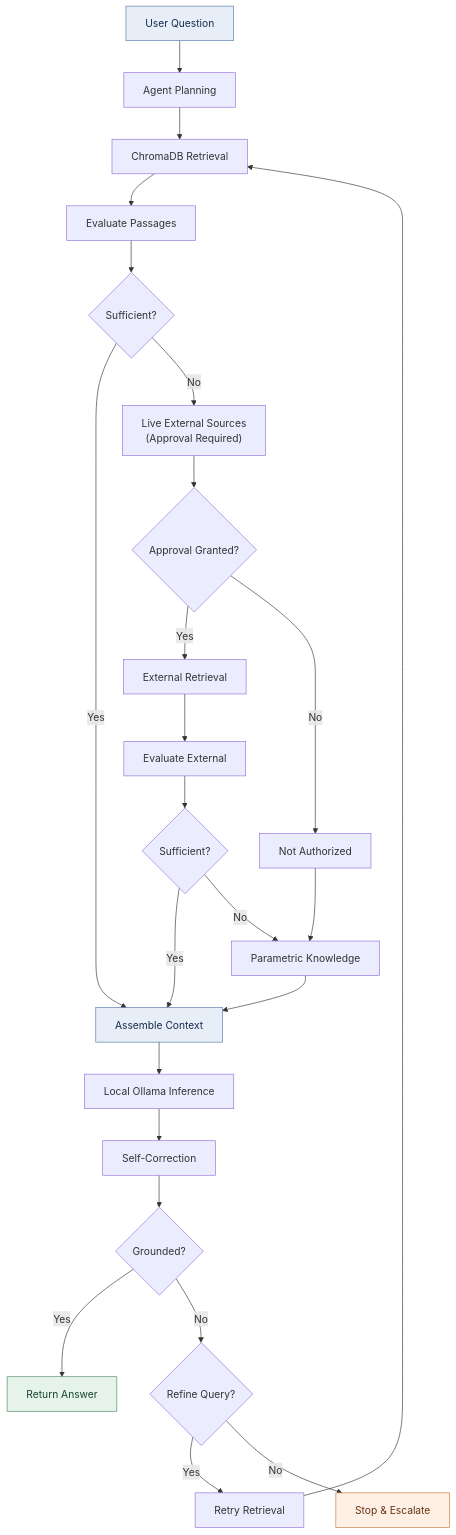
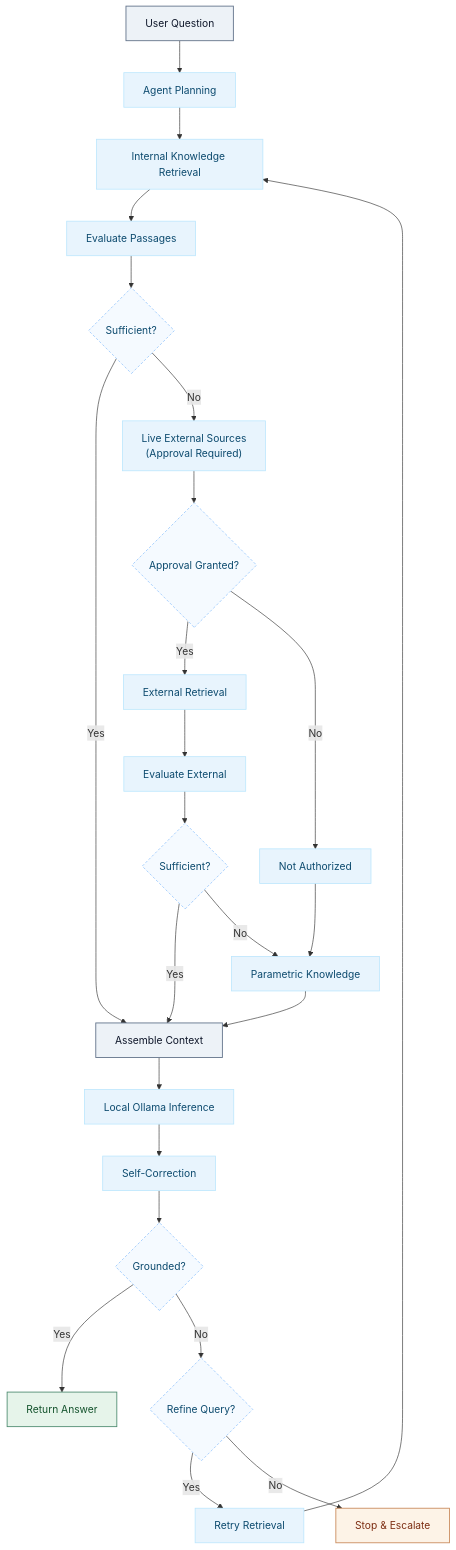
The second of 2 diagrams in README.MD (panxiaoyan225-sudo/Agentic_RAG_Pipeline), drawn with Mermaid before and after one commit. The commit also changed 1 other file, not shown here.

Commit message:
End-to-End Agentic RAG Pipeline

````diff
--- a/README.MD
+++ b/README.MD
@@ -31,39 +31,52 @@
 ```mermaid
 flowchart TD
+    %% Define Styles
+    classDef anchor fill:#EDF2F7,stroke:#64748B,stroke-width:1.4px,color:#0F172A;
+    classDef process fill:#E8F4FD,stroke:#BAE6FD,stroke-width:1.2px,color:#0C4A6E;
+    classDef decision fill:#F5FAFF,stroke:#93C5FD,stroke-width:1.2px,stroke-dasharray: 4 3,color:#0C4A6E;
+    classDef success fill:#E6F4EA,stroke:#4D8B6F,stroke-width:1.35px,color:#14532D;
+    classDef warning fill:#FDF3E7,stroke:#C98A5B,stroke-width:1.35px,color:#7C2D12;
+
+    %% Column 1: Entry & Internal Retrieval
     A["User Question"] --> B["Agent Planning"]
-    B --> C["ChromaDB Retrieval"]
+    B --> C["Internal Knowledge Retrieval"]
     C --> D["Evaluate Passages"]
-
     D --> E{"Sufficient?"}
 
-    E -->|Yes| H["Assemble Context"]
-    E -->|No| F["Live External Sources<br>(Approval Required)"]
+    %% Column 2: Internal Sufficiency & Human Approval
+    E -- "Yes" --> H["Assemble Context"]
+    E -- "No" --> F["Live External Sources<br/>(Approval Required)"]
+    F --> G{"Approval Granted?"}
+    G -- "Yes" --> I["External Retrieval"]
+    G -- "No" --> J["Not Authorized"]
+    J --> M["Parametric Knowledge"]
 
-    F --> G{"Approval Granted?"}
-    G -->|Yes| I["External Retrieval"]
-    G -->|No| J["Not Authorized"]
-
+    %% Column 3: External Retrieval & Parametric Fallback
     I --> K["Evaluate External"]
     K --> L{"Sufficient?"}
+    L -- "Yes" --> H
+    L -- "No" --> M
+    M --> H
 
-    J --> M["Parametric Knowledge"]
-    L -->|Yes| H
-    L -->|No| M
-
-    M --> H
+    %% Column 4: Context Assembly, Local Inference & Self-Correction
     H --> N["Local Ollama Inference"]
     N --> O["Self-Correction"]
     O --> P{"Grounded?"}
 
-    P -->|Yes| Q["Return Answer"]
-    P -->|No| R{"Refine Query?"}
+    %% Column 5: Governed Outcomes & Retry Loop
+    P -- "Yes" --> Q["Return Answer"]
+    P -- "No" --> R{"Refine Query?"}
+    R -- "Yes" --> S["Retry Retrieval"]
+    R -- "No" --> T["Stop & Escalate"]
+    
+    %% Retry Loop Back
+    S --> C
 
-    R -->|Yes| S["Retry Retrieval"]
-    S --> C
-    R -->|No| T["Stop & Escalate"]
-
-    style A fill:#e8eef8,stroke:#5276a8,color:#172b4d
-    style Q fill:#e6f3eb,stroke:#4c8b63,color:#17452b
-    style T fill:#fff0e5,stroke:#c47a3b,color:#653512
-    style H fill:#e8eef8,stroke:#5276a8,color:#172b4d
+    %% Apply Classes
+    class A anchor;
+    class B,C,D,F,I,K,J,M,N,O,S process;
+    class E,G,L,P,R decision;
+    class Q success;
+    class T warning;
+    class H anchor;
 ```
````
